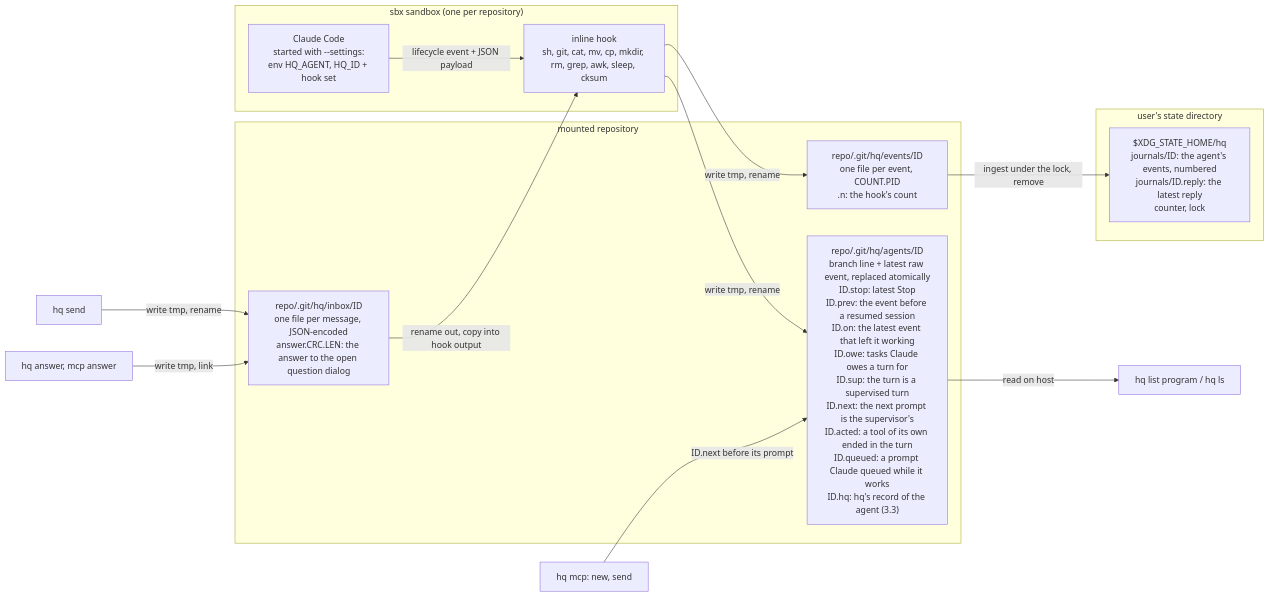
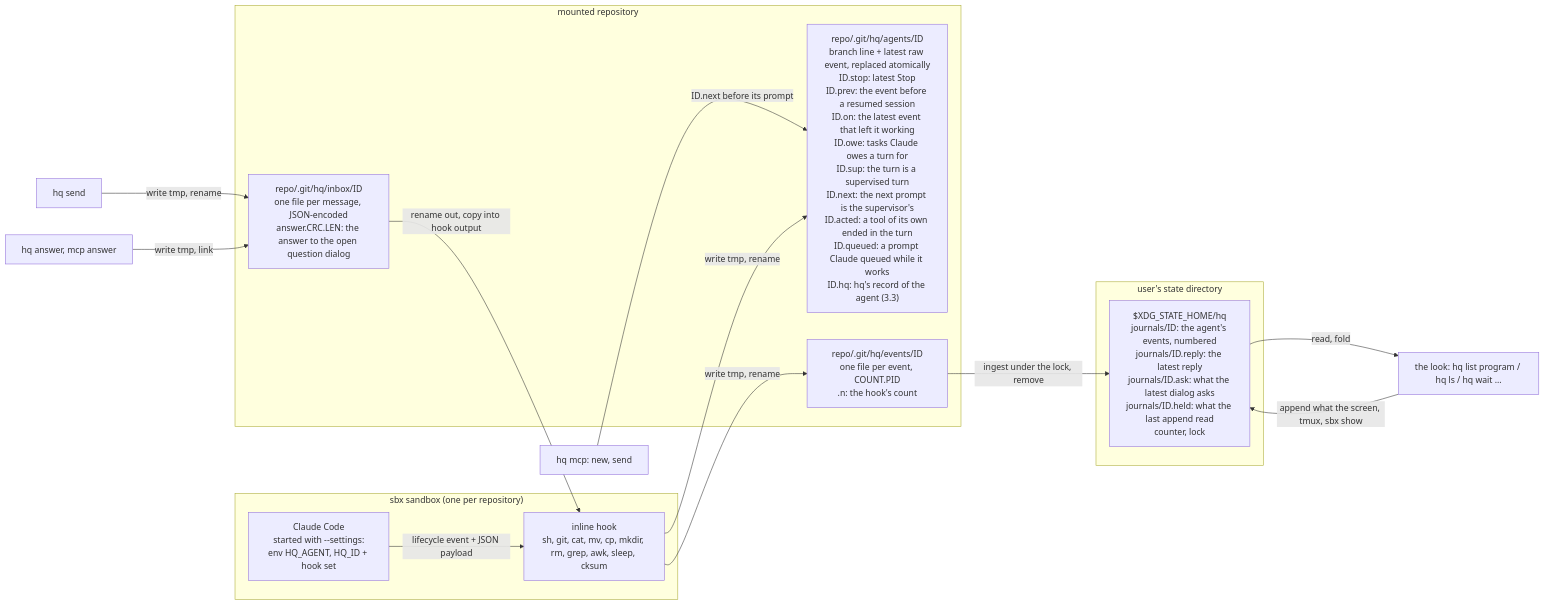
Before and after one commit to rkrysinski/hq: the second of 4 diagrams in docs/design/hq.md, drawn with Mermaid. The commit also changed other lines of this file and 48 other files, not shown here.

First line of the commit message:
Show every agent's state from its journal

````diff
--- a/docs/design/hq.md
+++ b/docs/design/hq.md
@@ -88,24 +88,25 @@
 ```mermaid
 flowchart LR
     subgraph SB["sbx sandbox (one per repository)"]
         C["Claude Code<br/>started with --settings:<br/>env HQ_AGENT, HQ_ID + hook set"]
         K["inline hook<br/>sh, git, cat, mv, cp, mkdir, rm, grep, awk, sleep, cksum"]
         C -- "lifecycle event + JSON payload" --> K
     end
     subgraph RP["mounted repository"]
         F["repo/.git/hq/agents/ID<br/>branch line + latest raw event, replaced atomically<br/>ID.stop: latest Stop<br/>ID.prev: the event before a resumed session<br/>ID.on: the latest event that left it working<br/>ID.owe: tasks Claude owes a turn for<br/>ID.sup: the turn is a supervised turn<br/>ID.next: the next prompt is the supervisor's<br/>ID.acted: a tool of its own ended in the turn<br/>ID.queued: a prompt Claude queued while it works<br/>ID.hq: hq's record of the agent (3.3)"]
         I["repo/.git/hq/inbox/ID<br/>one file per message, JSON-encoded<br/>answer.CRC.LEN: the answer to the open question dialog"]
         E["repo/.git/hq/events/ID<br/>one file per event, COUNT.PID<br/>.n: the hook's count"]
     end
     subgraph ST["user's state directory"]
-        J["$XDG_STATE_HOME/hq<br/>journals/ID: the agent's events, numbered<br/>journals/ID.reply: the latest reply<br/>counter, lock"]
+        J["$XDG_STATE_HOME/hq<br/>journals/ID: the agent's events, numbered<br/>journals/ID.reply: the latest reply<br/>journals/ID.ask: what the latest dialog asks<br/>journals/ID.held: what the last append read<br/>counter, lock"]
     end
     K -- "write tmp, rename" --> F
     K -- "write tmp, rename" --> E
     E -- "ingest under the lock, remove" --> J
-    F -- "read on host" --> LP["hq list program / hq ls"]
+    J -- "read, fold" --> LP["the look: hq list program / hq ls / hq wait ..."]
+    LP -- "append what the screen, tmux, sbx show" --> J
     SEND["hq send"] -- "write tmp, rename" --> I
     I -- "rename out, copy into hook output" --> K
     MCP["hq mcp: new, send"] -- "ID.next before its prompt" --> F
     ANS["hq answer, mcp answer"] -- "write tmp, link" --> I
 ```
````
